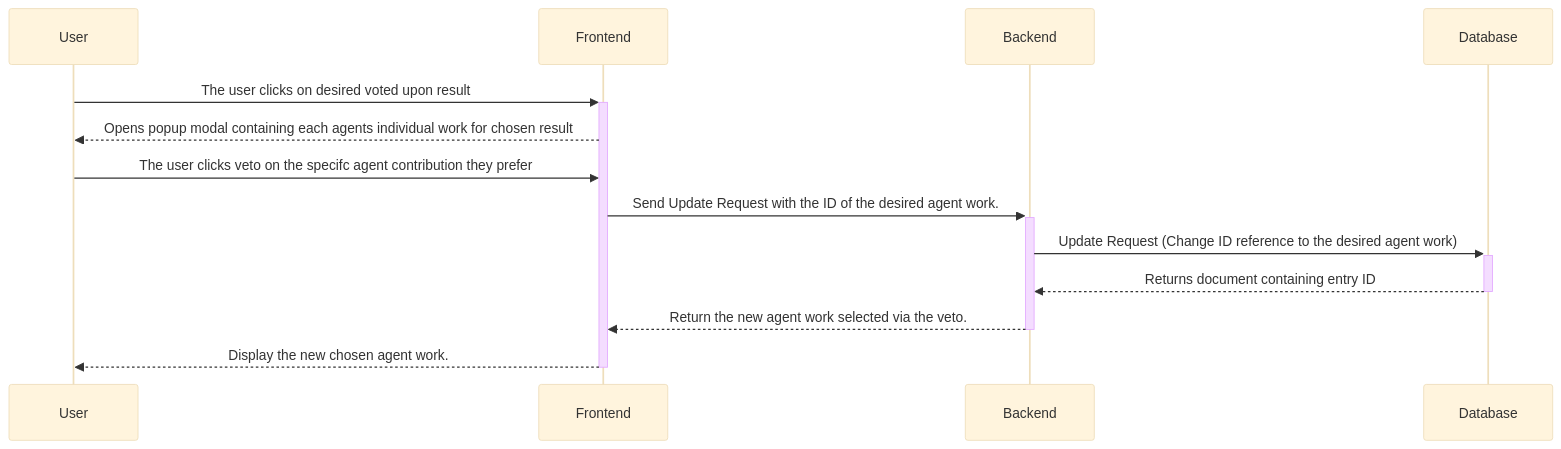
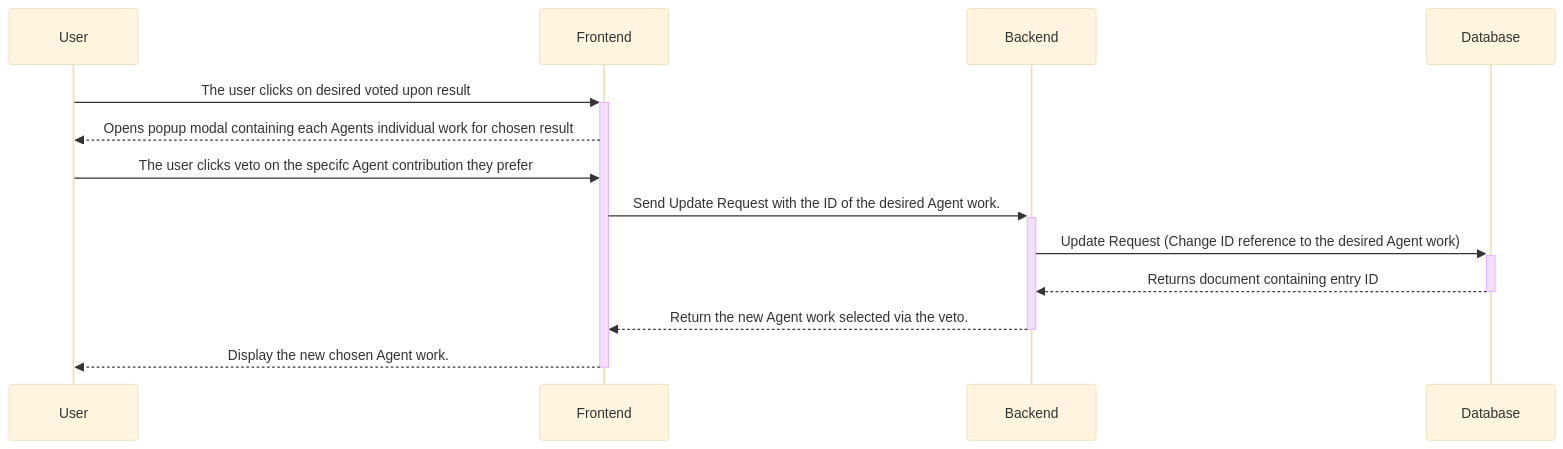
Before and after one commit to Capstone-Projects-2025-Spring/project-003-story-builder-team-1: the sixth of 10 diagrams in documentation/docs/system-architecture/sequence-diagrams.md, drawn with Mermaid (base theme). The commit also changed other lines of this file, not shown here.

Commit message:
Added missing sequence diagram and capitalized agent throughout

````diff
--- a/documentation/docs/system-architecture/sequence-diagrams.md
+++ b/documentation/docs/system-architecture/sequence-diagrams.md
@@ -122,15 +122,15 @@
 ```mermaid
 sequenceDiagram
     participant User
     participant Frontend
     participant Backend
     participant Database
     User->>+Frontend: The user clicks on desired voted upon result
-    Frontend-->>User: Opens popup modal containing each agents individual work for chosen result
-    User->>Frontend: The user clicks veto on the specifc agent contribution they prefer
-    Frontend->>+Backend: Send Update Request with the ID of the desired agent work.
-    Backend->>+Database: Update Request (Change ID reference to the desired agent work)
+    Frontend-->>User: Opens popup modal containing each Agents individual work for chosen result
+    User->>Frontend: The user clicks veto on the specifc Agent contribution they prefer
+    Frontend->>+Backend: Send Update Request with the ID of the desired Agent work.
+    Backend->>+Database: Update Request (Change ID reference to the desired Agent work)
     Database-->>-Backend: Returns document containing entry ID
-    Backend-->>-Frontend: Return the new agent work selected via the veto. 
-    Frontend-->>-User: Display the new chosen agent work. 
+    Backend-->>-Frontend: Return the new Agent work selected via the veto. 
+    Frontend-->>-User: Display the new chosen Agent work. 
 ```
````
